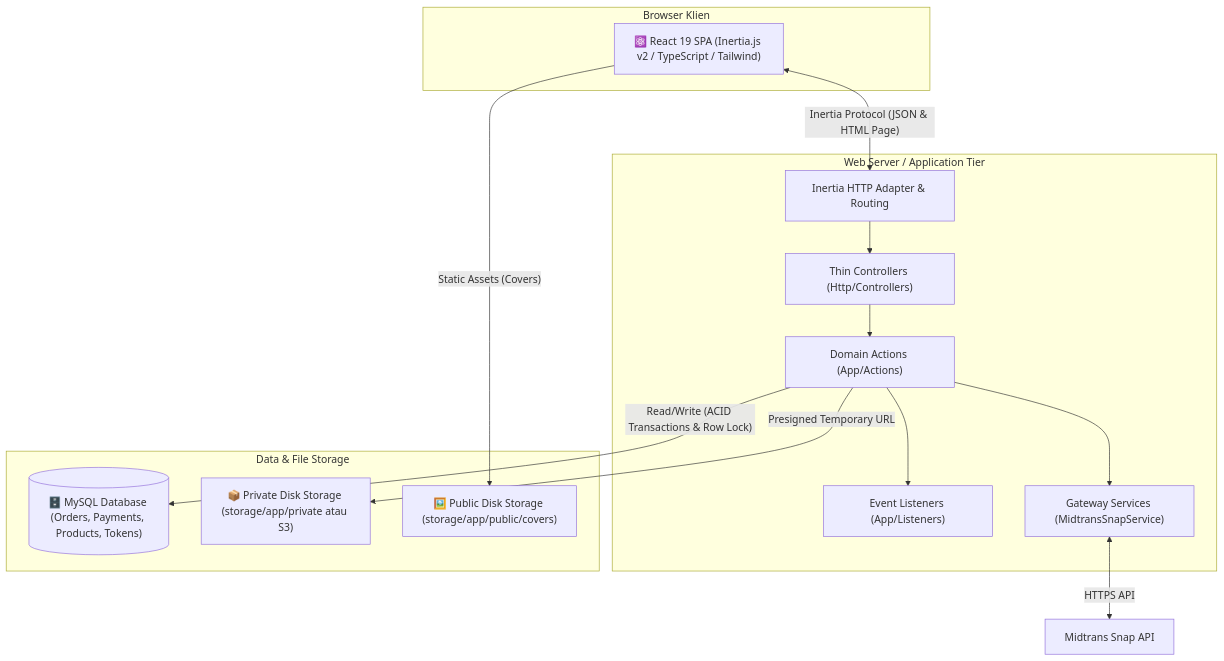
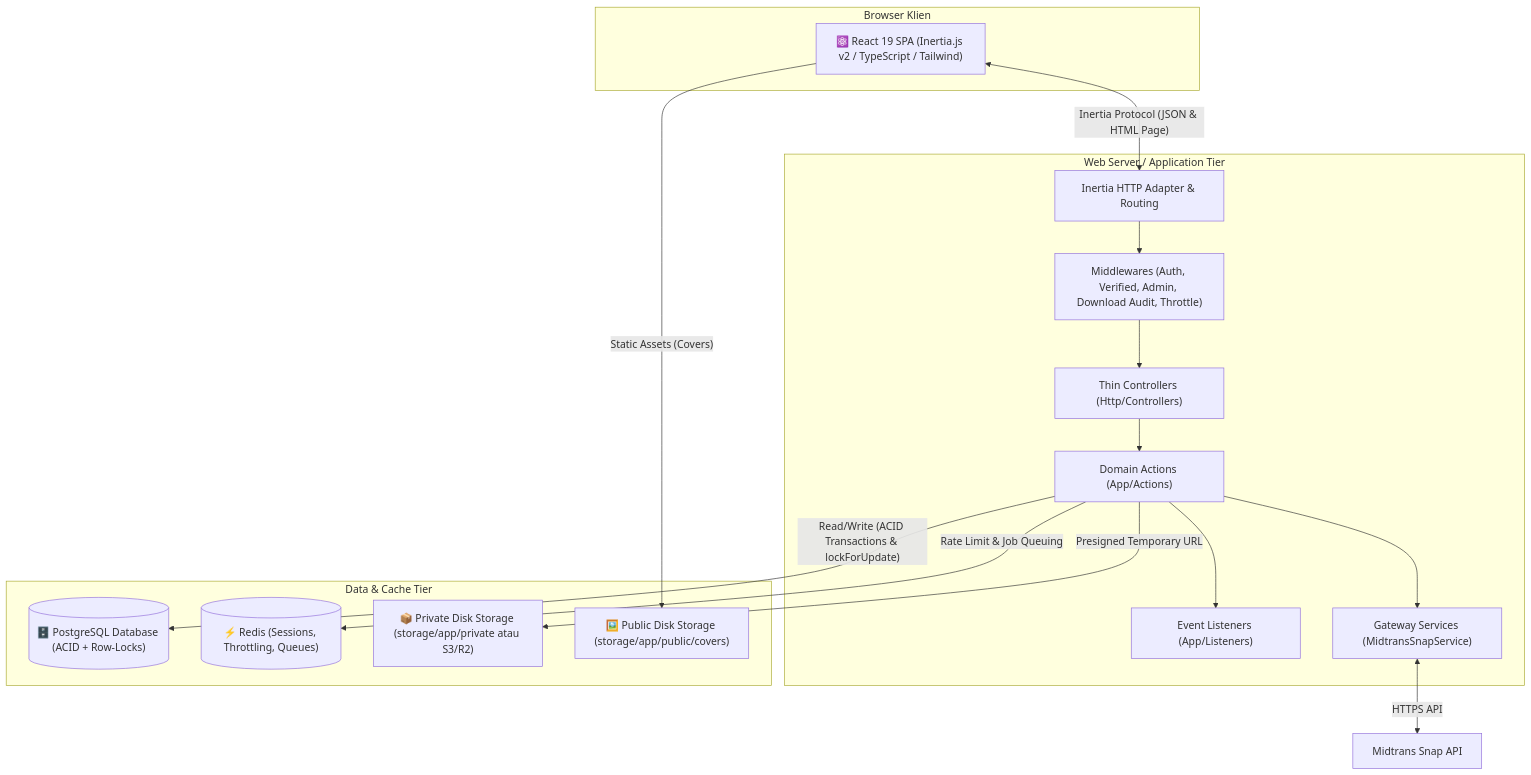
The second of 7 diagrams in Architecture.md (MasRizqi07/harisenin-bookil-fsd), drawn with Mermaid before and after one commit. The commit also changed other lines of this file and 8 other files, not shown here.

````diff
--- a/Architecture.md
+++ b/Architecture.md
@@ -68,30 +73,34 @@
 ```mermaid
 graph TB
     subgraph ClientBrowser ["Browser Klien"]
         ReactSPA["⚛️ React 19 SPA (Inertia.js v2 / TypeScript / Tailwind)"]
     end
 
     subgraph WebServer ["Web Server / Application Tier"]
         InertiaAdapter["Inertia HTTP Adapter & Routing"]
+        Guards["Middlewares (Auth, Verified, Admin, Download Audit, Throttle)"]
         Controllers["Thin Controllers (Http/Controllers)"]
         DomainActions["Domain Actions (App/Actions)"]
         EventListeners["Event Listeners (App/Listeners)"]
         Services["Gateway Services (MidtransSnapService)"]
     end
 
-    subgraph DataStorage ["Data & File Storage"]
-        MySQL[("🗄️ MySQL Database (Orders, Payments, Products, Tokens)")]
-        PrivateStorage["📦 Private Disk Storage (storage/app/private atau S3)"]
+    subgraph DataStorage ["Data & Cache Tier"]
+        Postgres[("🗄️ PostgreSQL Database (ACID + Row-Locks)")]
+        RedisCache[("⚡ Redis (Sessions, Throttling, Queues)")]
+        PrivateStorage["📦 Private Disk Storage (storage/app/private atau S3/R2)"]
         PublicStorage["🖼️ Public Disk Storage (storage/app/public/covers)"]
     end
 
     ReactSPA <-->|"Inertia Protocol (JSON & HTML Page)"| InertiaAdapter
-    InertiaAdapter --> Controllers
+    InertiaAdapter --> Guards
+    Guards --> Controllers
     Controllers --> DomainActions
-    DomainActions -->|"Read/Write (ACID Transactions & Row Lock)"| MySQL
+    DomainActions -->|"Read/Write (ACID Transactions & lockForUpdate)"| Postgres
+    DomainActions -->|"Rate Limit & Job Queuing"| RedisCache
     DomainActions --> EventListeners
     DomainActions --> Services
     Services <-->|"HTTPS API"| Midtrans["Midtrans Snap API"]
     DomainActions -->|"Presigned Temporary URL"| PrivateStorage
     ReactSPA -->|"Static Assets (Covers)"| PublicStorage
 ```
````
